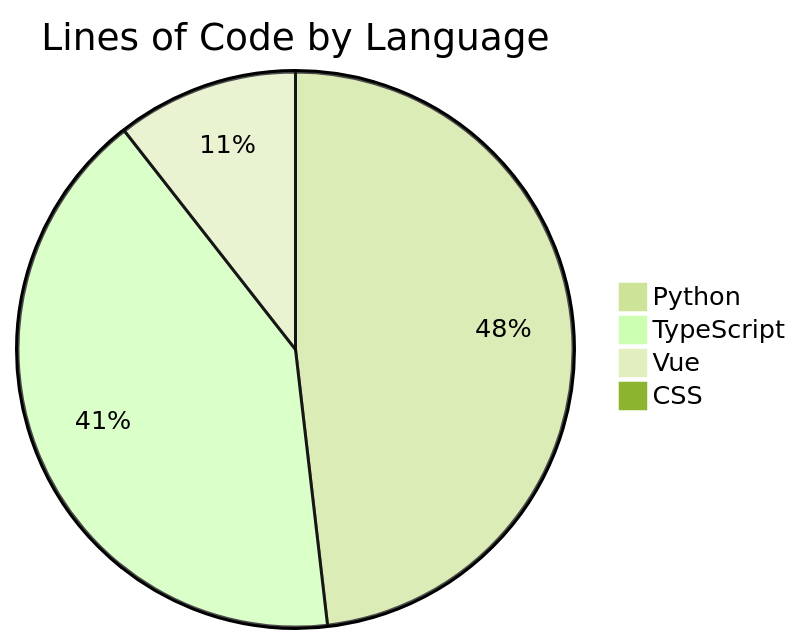
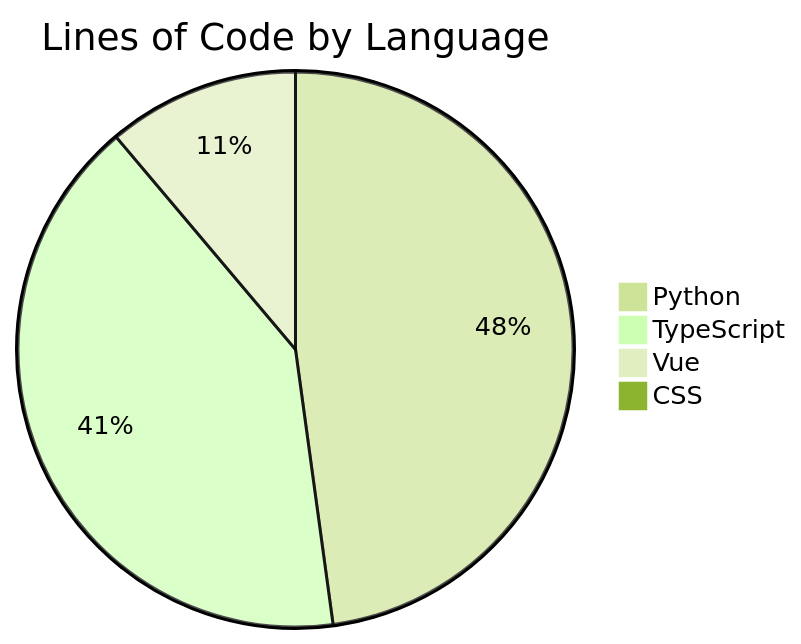
One commit to ISW-stack/AI3L-Community changed the diagram in README.md. Above: the diagram before and after it, drawn with Mermaid (forest theme). The commit also changed other lines of this file and 1 other file, not shown here.

````diff
--- a/README.md
+++ b/README.md
@@ -364,7 +364,7 @@
 ```mermaid
 pie title Lines of Code by Language
-    "Python" : 98441
-    "TypeScript" : 84371
-    "Vue" : 21603
+    "Python" : 98447
+    "TypeScript" : 84397
+    "Vue" : 22955
     "CSS" : 126
 ```
````
